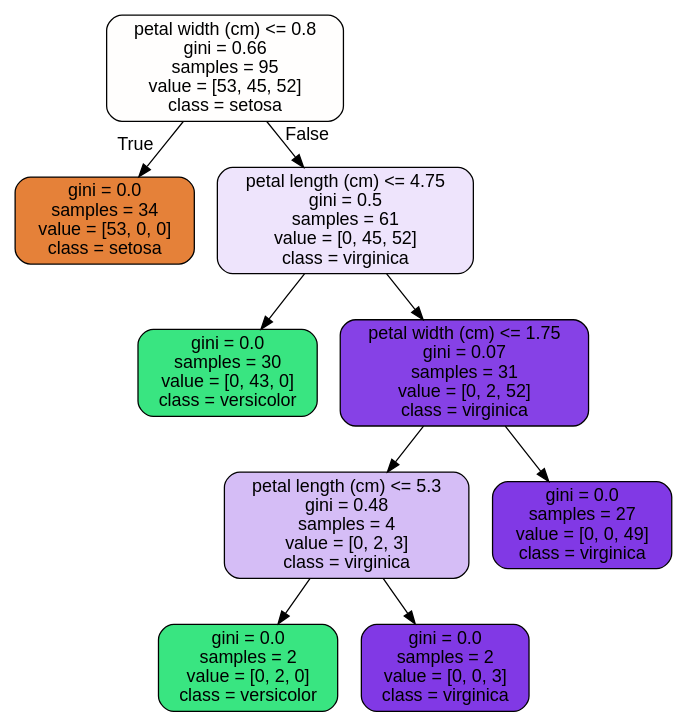
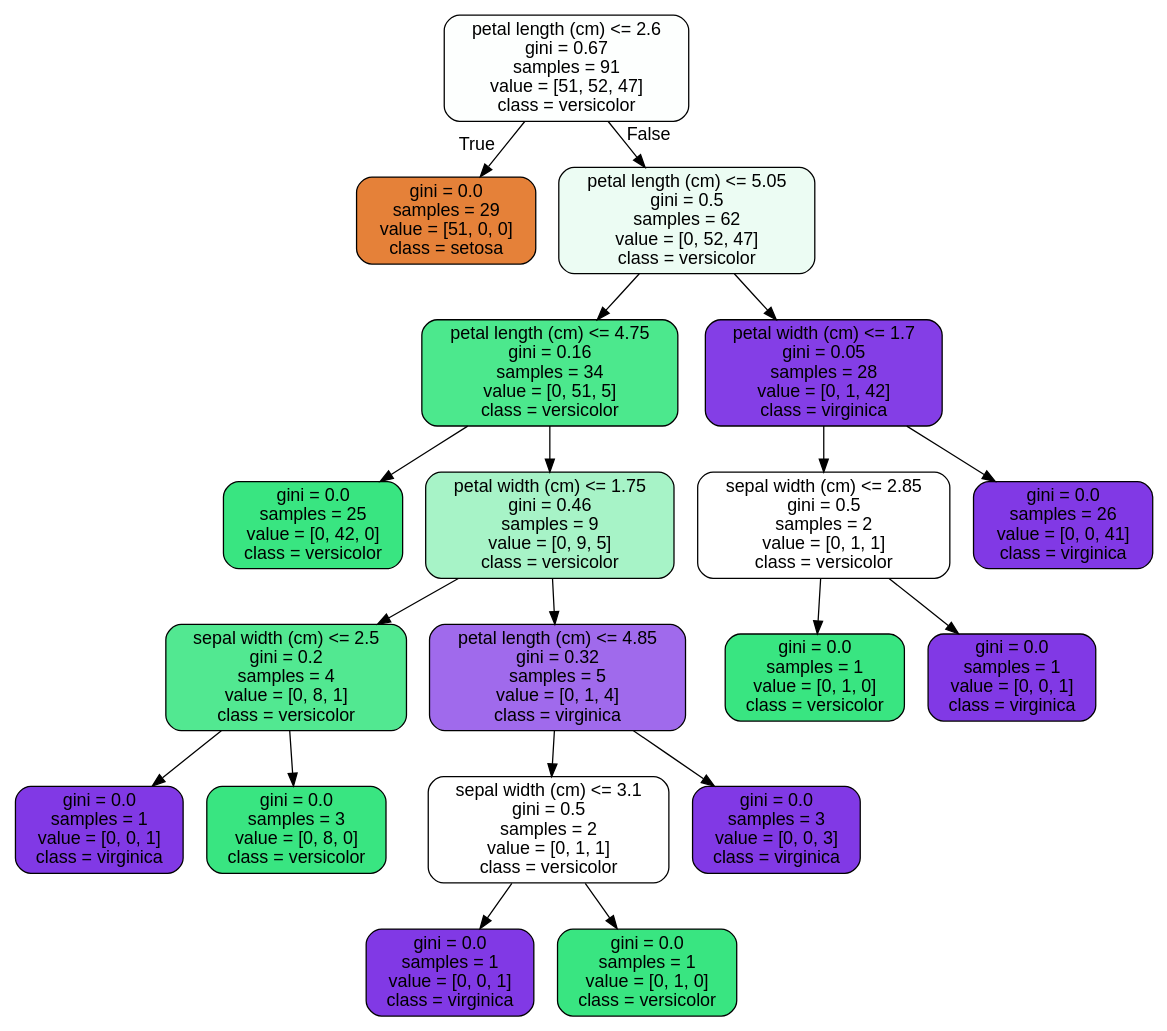
Before and after one commit to islamnusrat/Data_Science_Projects: the diagram in RandomForest_Covid_Case_Study/tree.dot, drawn with Graphviz. The commit also changed 2 other files, not shown here.

```diff
--- a/RandomForest_Covid_Case_Study/tree.dot
+++ b/RandomForest_Covid_Case_Study/tree.dot
@@ -1,21 +1,41 @@
 digraph Tree {
 node [shape=box, style="filled, rounded", color="black", fontname=helvetica] ;
 edge [fontname=helvetica] ;
-0 [label="petal width (cm) <= 0.8\ngini = 0.66\nsamples = 95\nvalue = [53, 45, 52]\nclass = setosa", fillcolor="#fffefd"] ;
-1 [label="gini = 0.0\nsamples = 34\nvalue = [53, 0, 0]\nclass = setosa", fillcolor="#e58139"] ;
+0 [label="petal length (cm) <= 2.6\ngini = 0.67\nsamples = 91\nvalue = [51, 52, 47]\nclass = versicolor", fillcolor="#fdfffe"] ;
+1 [label="gini = 0.0\nsamples = 29\nvalue = [51, 0, 0]\nclass = setosa", fillcolor="#e58139"] ;
 0 -> 1 [labeldistance=2.5, labelangle=45, headlabel="True"] ;
-2 [label="petal length (cm) <= 4.75\ngini = 0.5\nsamples = 61\nvalue = [0, 45, 52]\nclass = virginica", fillcolor="#eee4fc"] ;
+2 [label="petal length (cm) <= 5.05\ngini = 0.5\nsamples = 62\nvalue = [0, 52, 47]\nclass = versicolor", fillcolor="#ecfcf3"] ;
 0 -> 2 [labeldistance=2.5, labelangle=-45, headlabel="False"] ;
-3 [label="gini = 0.0\nsamples = 30\nvalue = [0, 43, 0]\nclass = versicolor", fillcolor="#39e581"] ;
+3 [label="petal length (cm) <= 4.75\ngini = 0.16\nsamples = 34\nvalue = [0, 51, 5]\nclass = versicolor", fillcolor="#4ce88d"] ;
 2 -> 3 ;
-4 [label="petal width (cm) <= 1.75\ngini = 0.07\nsamples = 31\nvalue = [0, 2, 52]\nclass = virginica", fillcolor="#8641e6"] ;
-2 -> 4 ;
-5 [label="petal length (cm) <= 5.3\ngini = 0.48\nsamples = 4\nvalue = [0, 2, 3]\nclass = virginica", fillcolor="#d5bdf6"] ;
-4 -> 5 ;
-6 [label="gini = 0.0\nsamples = 2\nvalue = [0, 2, 0]\nclass = versicolor", fillcolor="#39e581"] ;
+4 [label="gini = 0.0\nsamples = 25\nvalue = [0, 42, 0]\nclass = versicolor", fillcolor="#39e581"] ;
+3 -> 4 ;
+5 [label="petal width (cm) <= 1.75\ngini = 0.46\nsamples = 9\nvalue = [0, 9, 5]\nclass = versicolor", fillcolor="#a7f3c7"] ;
+3 -> 5 ;
+6 [label="sepal width (cm) <= 2.5\ngini = 0.2\nsamples = 4\nvalue = [0, 8, 1]\nclass = versicolor", fillcolor="#52e891"] ;
 5 -> 6 ;
-7 [label="gini = 0.0\nsamples = 2\nvalue = [0, 0, 3]\nclass = virginica", fillcolor="#8139e5"] ;
-5 -> 7 ;
-8 [label="gini = 0.0\nsamples = 27\nvalue = [0, 0, 49]\nclass = virginica", fillcolor="#8139e5"] ;
-4 -> 8 ;
+7 [label="gini = 0.0\nsamples = 1\nvalue = [0, 0, 1]\nclass = virginica", fillcolor="#8139e5"] ;
+6 -> 7 ;
+8 [label="gini = 0.0\nsamples = 3\nvalue = [0, 8, 0]\nclass = versicolor", fillcolor="#39e581"] ;
+6 -> 8 ;
+9 [label="petal length (cm) <= 4.85\ngini = 0.32\nsamples = 5\nvalue = [0, 1, 4]\nclass = virginica", fillcolor="#a06aec"] ;
+5 -> 9 ;
+10 [label="sepal width (cm) <= 3.1\ngini = 0.5\nsamples = 2\nvalue = [0, 1, 1]\nclass = versicolor", fillcolor="#ffffff"] ;
+9 -> 10 ;
+11 [label="gini = 0.0\nsamples = 1\nvalue = [0, 0, 1]\nclass = virginica", fillcolor="#8139e5"] ;
+10 -> 11 ;
+12 [label="gini = 0.0\nsamples = 1\nvalue = [0, 1, 0]\nclass = versicolor", fillcolor="#39e581"] ;
+10 -> 12 ;
+13 [label="gini = 0.0\nsamples = 3\nvalue = [0, 0, 3]\nclass = virginica", fillcolor="#8139e5"] ;
+9 -> 13 ;
+14 [label="petal width (cm) <= 1.7\ngini = 0.05\nsamples = 28\nvalue = [0, 1, 42]\nclass = virginica", fillcolor="#843ee6"] ;
+2 -> 14 ;
+15 [label="sepal width (cm) <= 2.85\ngini = 0.5\nsamples = 2\nvalue = [0, 1, 1]\nclass = versicolor", fillcolor="#ffffff"] ;
+14 -> 15 ;
+16 [label="gini = 0.0\nsamples = 1\nvalue = [0, 1, 0]\nclass = versicolor", fillcolor="#39e581"] ;
+15 -> 16 ;
+17 [label="gini = 0.0\nsamples = 1\nvalue = [0, 0, 1]\nclass = virginica", fillcolor="#8139e5"] ;
+15 -> 17 ;
+18 [label="gini = 0.0\nsamples = 26\nvalue = [0, 0, 41]\nclass = virginica", fillcolor="#8139e5"] ;
+14 -> 18 ;
 }
```
